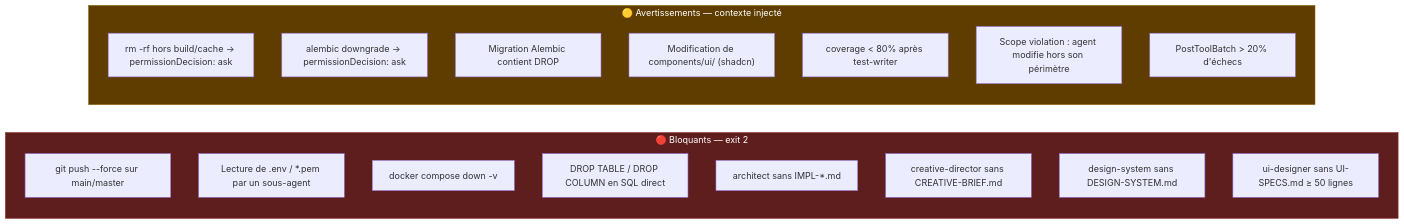
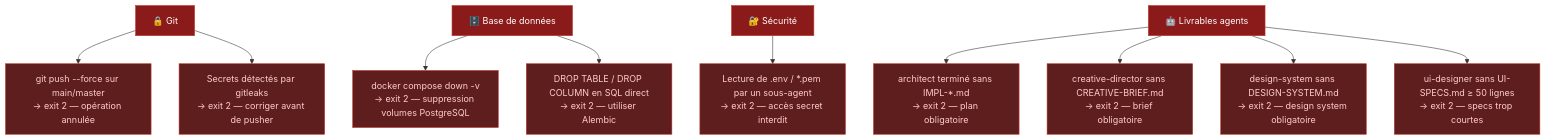
Before and after one commit to Nicolas78240/archipel: the fifth of 9 diagrams in README.md, drawn with Mermaid. The commit also changed other lines of this file, not shown here.

Commit message:
docs: split gates diagram into two readable charts
Bloquants par catégorie (Git, DB, Sécurité, Agents).
Avertissements séparés en deux groupes (confirmation / contexte injecté).

````diff
--- a/README.md
+++ b/README.md
@@ -184,26 +184,38 @@
 ```mermaid
-flowchart LR
-    subgraph BLOCK["🔴 Bloquants — exit 2"]
-        B1["git push --force sur main/master"]
-        B2["Lecture de .env / *.pem par un sous-agent"]
-        B3["docker compose down -v"]
-        B4["DROP TABLE / DROP COLUMN en SQL direct"]
-        B5["architect sans IMPL-*.md"]
-        B6["creative-director sans CREATIVE-BRIEF.md"]
-        B7["design-system sans DESIGN-SYSTEM.md"]
-        B8["ui-designer sans UI-SPECS.md ≥ 50 lignes"]
-    end
+flowchart TD
+    GIT["🔒 Git"] --> B1
+    GIT --> B2
+    B1["git push --force sur main/master\n→ exit 2 — opération annulée"]
+    B2["Secrets détectés par gitleaks\n→ exit 2 — corriger avant de pusher"]
 
-    subgraph WARN["🟡 Avertissements — contexte injecté"]
-        W1["rm -rf hors build/cache → permissionDecision: ask"]
-        W2["alembic downgrade → permissionDecision: ask"]
-        W3["Migration Alembic contient DROP"]
-        W4["Modification de components/ui/ (shadcn)"]
-        W5["coverage < 80% après test-writer"]
-        W6["Scope violation : agent modifie hors son périmètre"]
-        W7["PostToolBatch > 20% d'échecs"]
-    end
+    DB["🗄️ Base de données"] --> B3
+    DB --> B4
+    B3["docker compose down -v\n→ exit 2 — suppression volumes PostgreSQL"]
+    B4["DROP TABLE / DROP COLUMN en SQL direct\n→ exit 2 — utiliser Alembic"]
 
-    style BLOCK fill:#5f1e1e,color:#fff,stroke:#8b2222
-    style WARN fill:#5f3d00,color:#fff,stroke:#8b5e00
+    SEC["🔐 Sécurité"] --> B5
+    B5["Lecture de .env / *.pem par un sous-agent\n→ exit 2 — accès secret interdit"]
+
+    AGENTS["🤖 Livrables agents"] --> B6
+    AGENTS --> B7
+    AGENTS --> B8
+    AGENTS --> B9
+    B6["architect terminé sans IMPL-*.md\n→ exit 2 — plan obligatoire"]
+    B7["creative-director sans CREATIVE-BRIEF.md\n→ exit 2 — brief obligatoire"]
+    B8["design-system sans DESIGN-SYSTEM.md\n→ exit 2 — design system obligatoire"]
+    B9["ui-designer sans UI-SPECS.md ≥ 50 lignes\n→ exit 2 — specs trop courtes"]
+
+    style GIT fill:#8b1a1a,color:#fff,stroke:#c0392b
+    style DB fill:#8b1a1a,color:#fff,stroke:#c0392b
+    style SEC fill:#8b1a1a,color:#fff,stroke:#c0392b
+    style AGENTS fill:#8b1a1a,color:#fff,stroke:#c0392b
+    style B1 fill:#5f1e1e,color:#ffcccc,stroke:#c0392b
+    style B2 fill:#5f1e1e,color:#ffcccc,stroke:#c0392b
+    style B3 fill:#5f1e1e,color:#ffcccc,stroke:#c0392b
+    style B4 fill:#5f1e1e,color:#ffcccc,stroke:#c0392b
+    style B5 fill:#5f1e1e,color:#ffcccc,stroke:#c0392b
+    style B6 fill:#5f1e1e,color:#ffcccc,stroke:#c0392b
+    style B7 fill:#5f1e1e,color:#ffcccc,stroke:#c0392b
+    style B8 fill:#5f1e1e,color:#ffcccc,stroke:#c0392b
+    style B9 fill:#5f1e1e,color:#ffcccc,stroke:#c0392b
 ```
````
